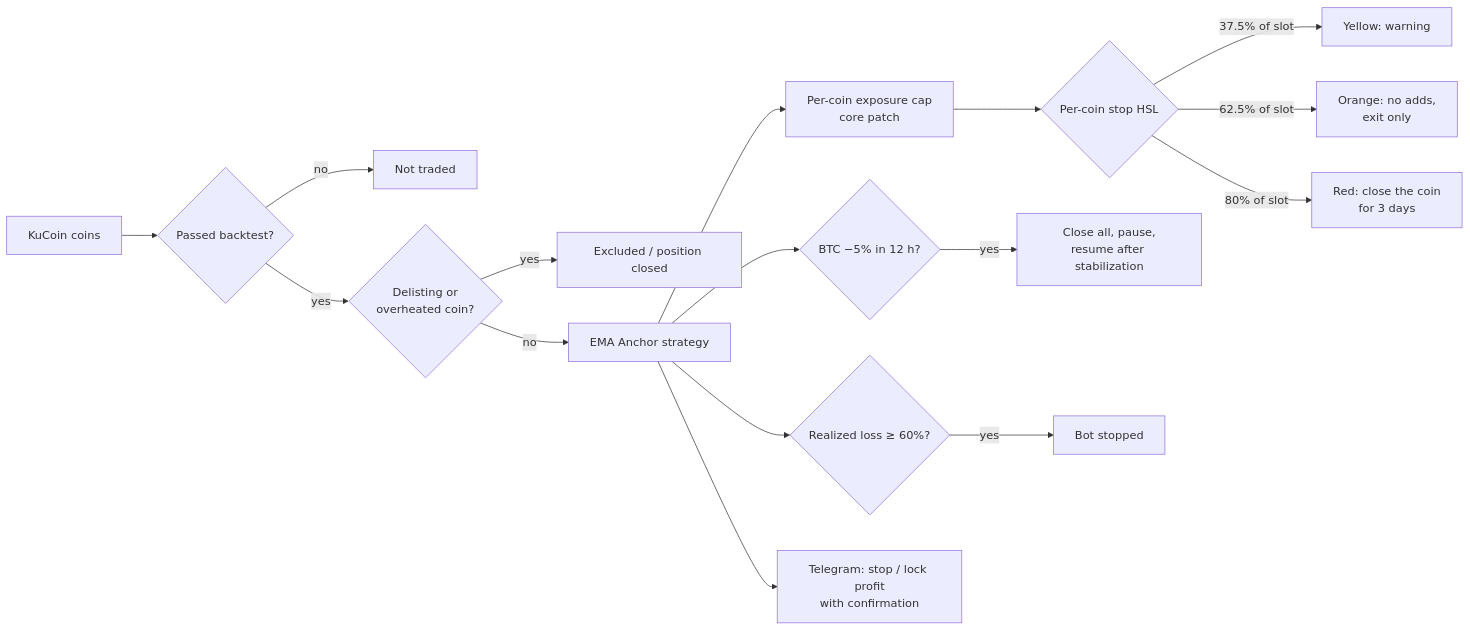
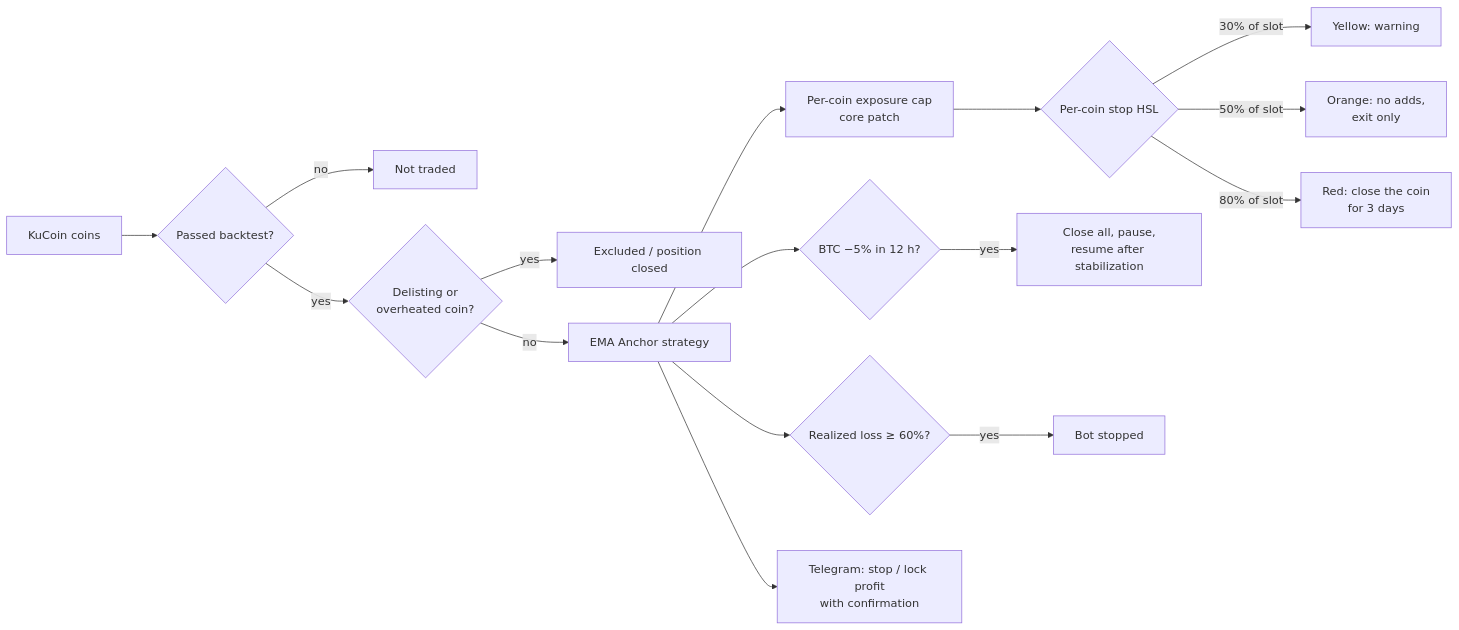
The diagram in README.md (edlianyandex-commits/kucoin-turbo-bot), drawn with Mermaid before and after one commit. The commit also changed other lines of this file and 1 other file, not shown here.

Commit message:
docs: fix HSL tier thresholds (30/50/80%) and trailing_grid_v7 name

````diff
--- a/README.md
+++ b/README.md
@@ -179,18 +179,18 @@
 ```mermaid
 flowchart LR
     A[KuCoin coins] --> B{Passed backtest?}
     B -- no --> X1[Not traded]
     B -- yes --> C{Delisting or<br/>overheated coin?}
     C -- yes --> X2[Excluded / position closed]
     C -- no --> D[EMA Anchor strategy]
     D --> E[Per-coin exposure cap<br/>core patch]
     E --> F{Per-coin stop HSL}
-    F -- 37.5% of slot --> F1[Yellow: warning]
-    F -- 62.5% of slot --> F2[Orange: no adds,<br/>exit only]
+    F -- 30% of slot --> F1[Yellow: warning]
+    F -- 50% of slot --> F2[Orange: no adds,<br/>exit only]
     F -- 80% of slot --> F3[Red: close the coin<br/>for 3 days]
     D --> G{BTC −5% in 12 h?}
     G -- yes --> G1[Close all, pause,<br/>resume after stabilization]
     D --> H{Realized loss ≥ 60%?}
     H -- yes --> H1[Bot stopped]
     D --> I[Telegram: stop / lock profit<br/>with confirmation]
 ```
````
